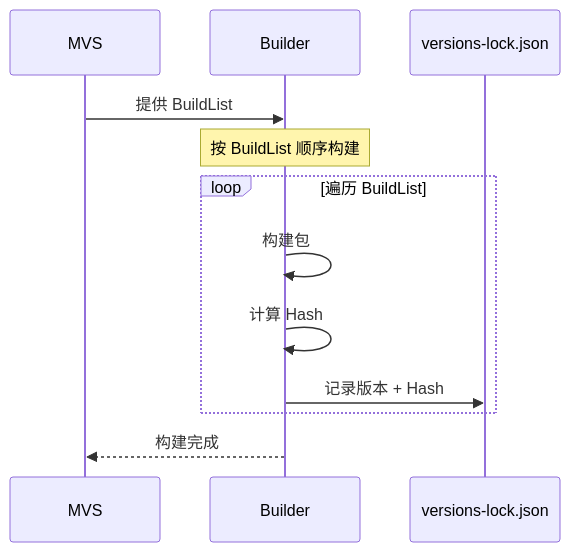
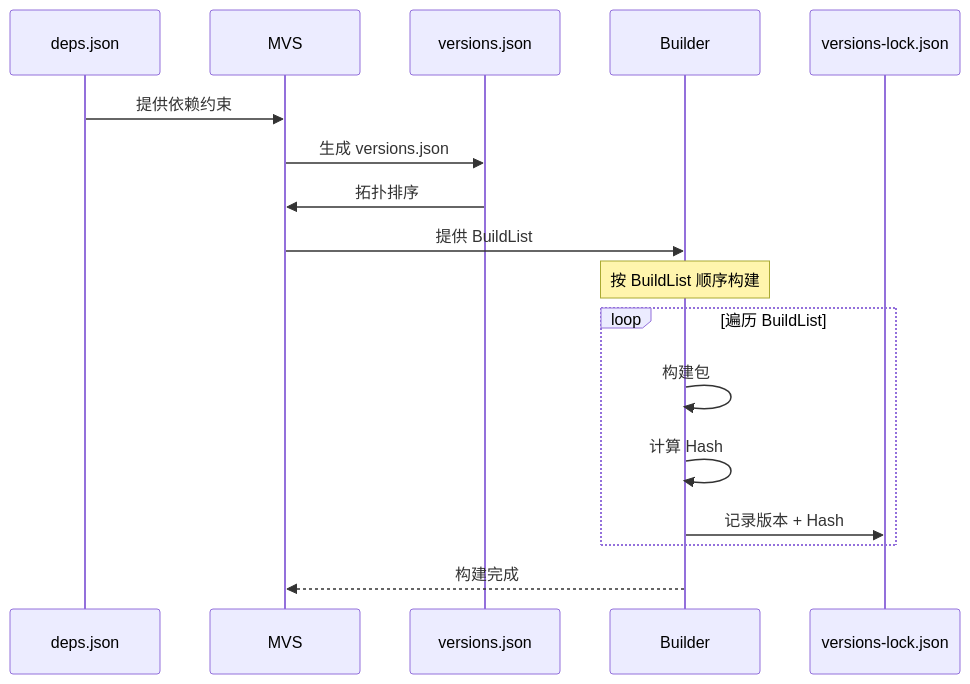
Diagram 12 of 12 in docs/mvs-algorithm-design.md (goplus/llar), drawn with Mermaid before and after one commit. The commit also changed other lines of this file and 3 other files, not shown here.

````diff
--- a/docs/mvs-algorithm-design.md
+++ b/docs/mvs-algorithm-design.md
@@ -388,15 +452,20 @@
 ```mermaid
 sequenceDiagram
+    participant D as deps.json
     participant M as MVS
+    participant V as versions.json
     participant B as Builder
     participant L as versions-lock.json
 
+    D->>M: 提供依赖约束
+    M->>V: 生成 versions.json
+    V->>M: 拓扑排序
     M->>B: 提供 BuildList
     Note over B: 按 BuildList 顺序构建
     loop 遍历 BuildList
         B->>B: 构建包
         B->>B: 计算 Hash
         B->>L: 记录版本 + Hash
     end
     B-->>M: 构建完成
 ```
````
